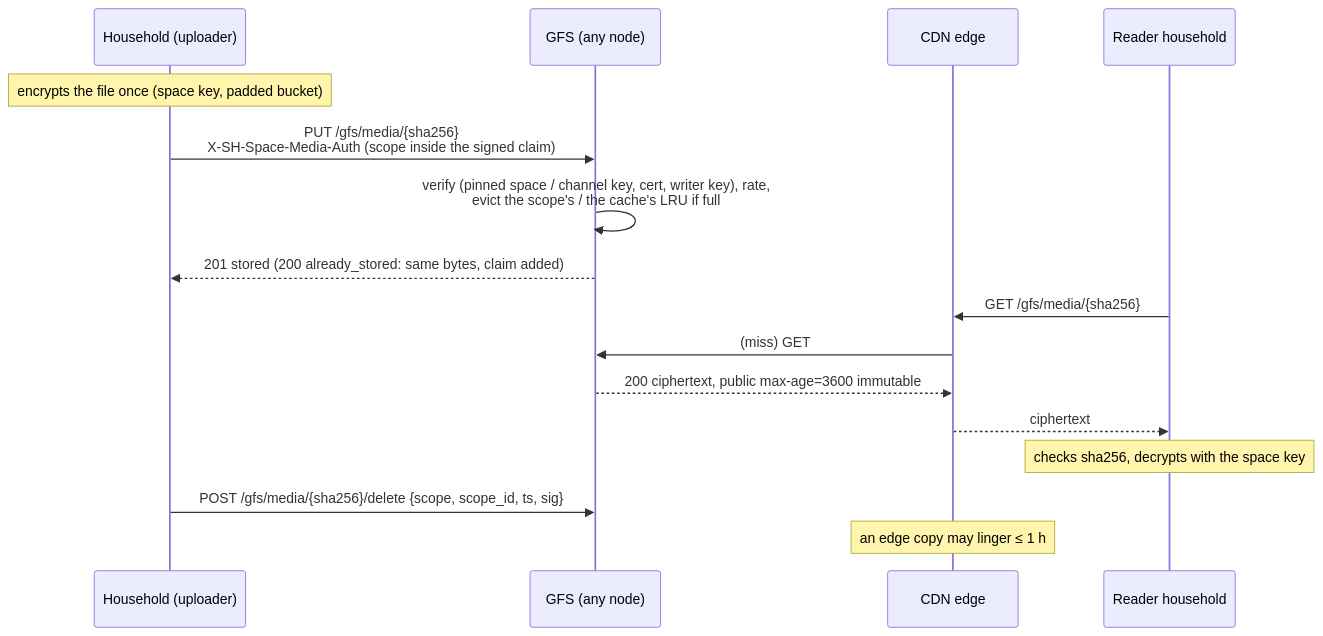
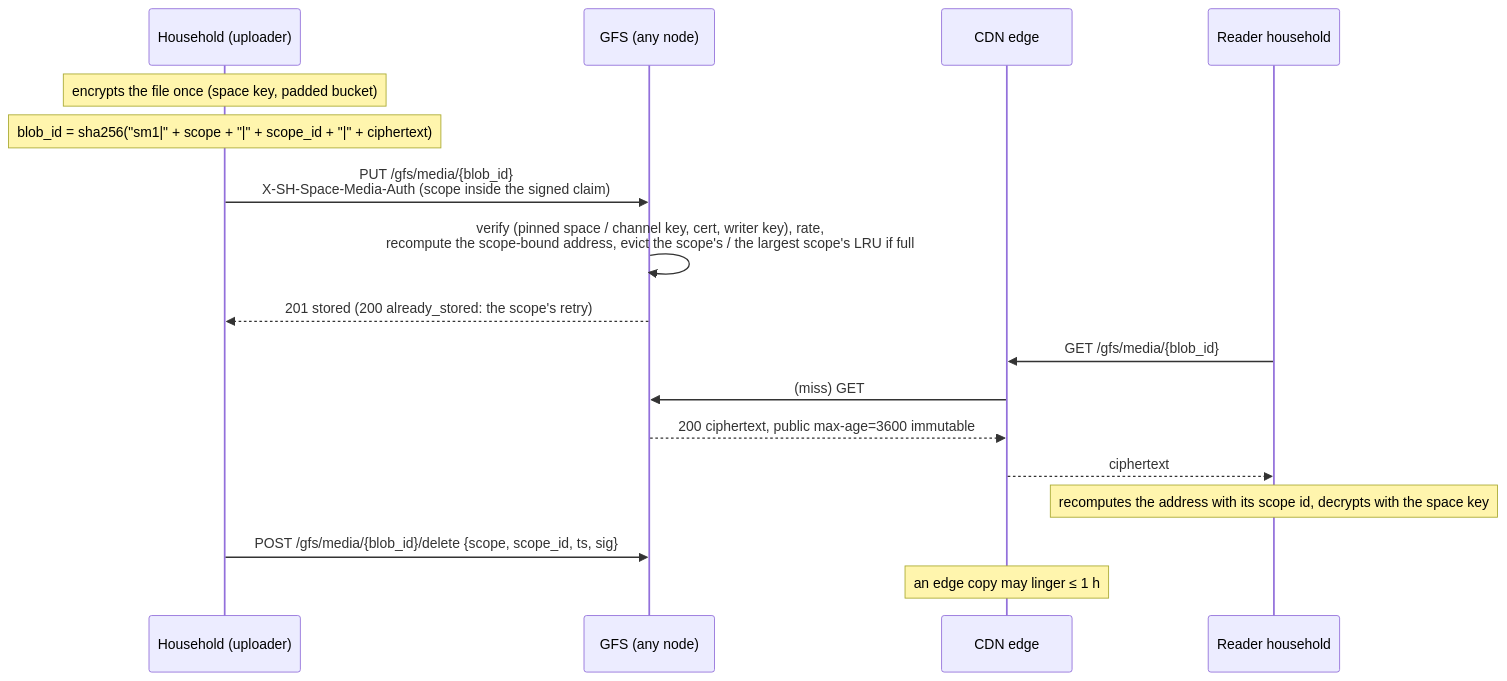
Before and after one commit to social-home-io/socialhome: diagram 14 of 15 in docs/protocol/discovery.md, drawn with Mermaid. The commit also changed other lines of this file and 21 other files, not shown here.

````diff
--- a/docs/protocol/discovery.md
+++ b/docs/protocol/discovery.md
@@ -3697,18 +3696,19 @@
 ```mermaid
 sequenceDiagram
     participant H as Household (uploader)
     participant G as GFS (any node)
     participant C as CDN edge
     participant R as Reader household
     Note over H: encrypts the file once (space key, padded bucket)
-    H->>G: PUT /gfs/media/{sha256}<br/>X-SH-Space-Media-Auth (scope inside the signed claim)
-    G->>G: verify (pinned space / channel key, cert, writer key), rate,<br/>evict the scope's / the cache's LRU if full
-    G-->>H: 201 stored (200 already_stored: same bytes, claim added)
-    R->>C: GET /gfs/media/{sha256}
+    Note over H: blob_id = sha256("sm1|" + scope + "|" + scope_id + "|" + ciphertext)
+    H->>G: PUT /gfs/media/{blob_id}<br/>X-SH-Space-Media-Auth (scope inside the signed claim)
+    G->>G: verify (pinned space / channel key, cert, writer key), rate,<br/>recompute the scope-bound address, evict the scope's / the largest scope's LRU if full
+    G-->>H: 201 stored (200 already_stored: the scope's retry)
+    R->>C: GET /gfs/media/{blob_id}
     C->>G: (miss) GET
     G-->>C: 200 ciphertext, public max-age=3600 immutable
     C-->>R: ciphertext
-    Note over R: checks sha256, decrypts with the space key
-    H->>G: POST /gfs/media/{sha256}/delete {scope, scope_id, ts, sig}
+    Note over R: recomputes the address with its scope id, decrypts with the space key
+    H->>G: POST /gfs/media/{blob_id}/delete {scope, scope_id, ts, sig}
     Note over C: an edge copy may linger ≤ 1 h
 ```
````
